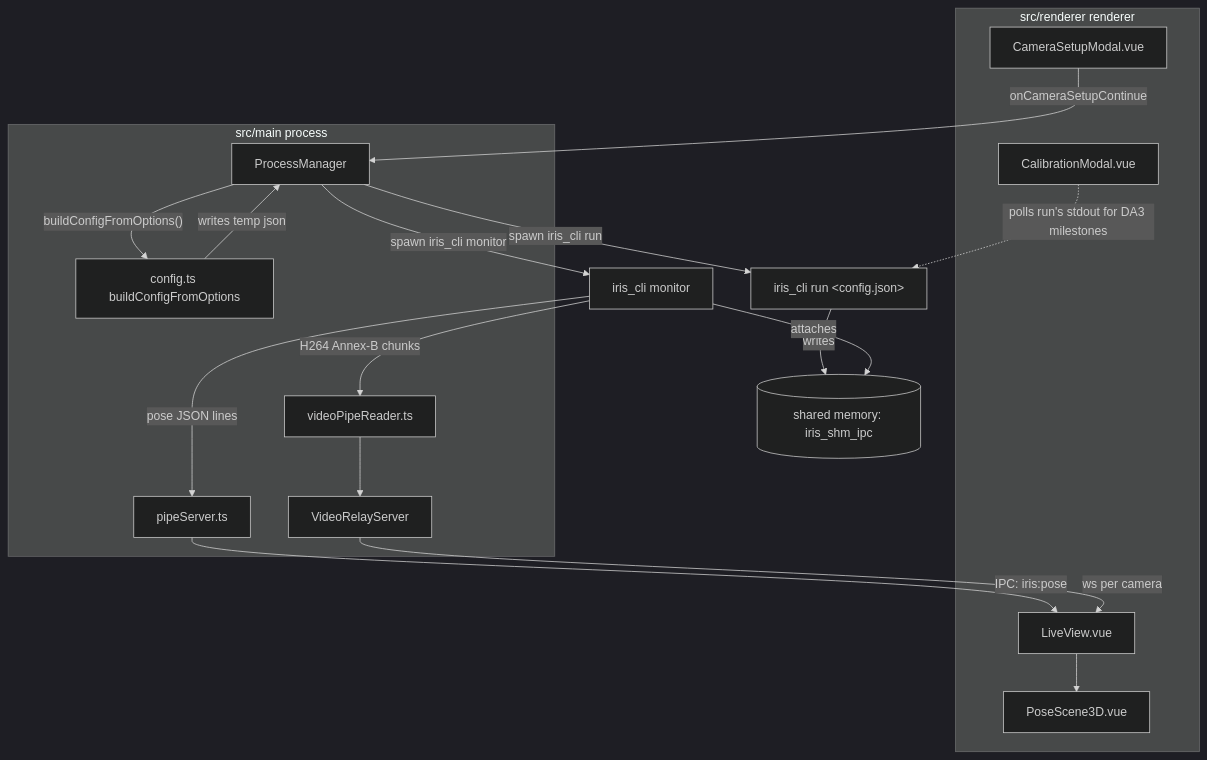
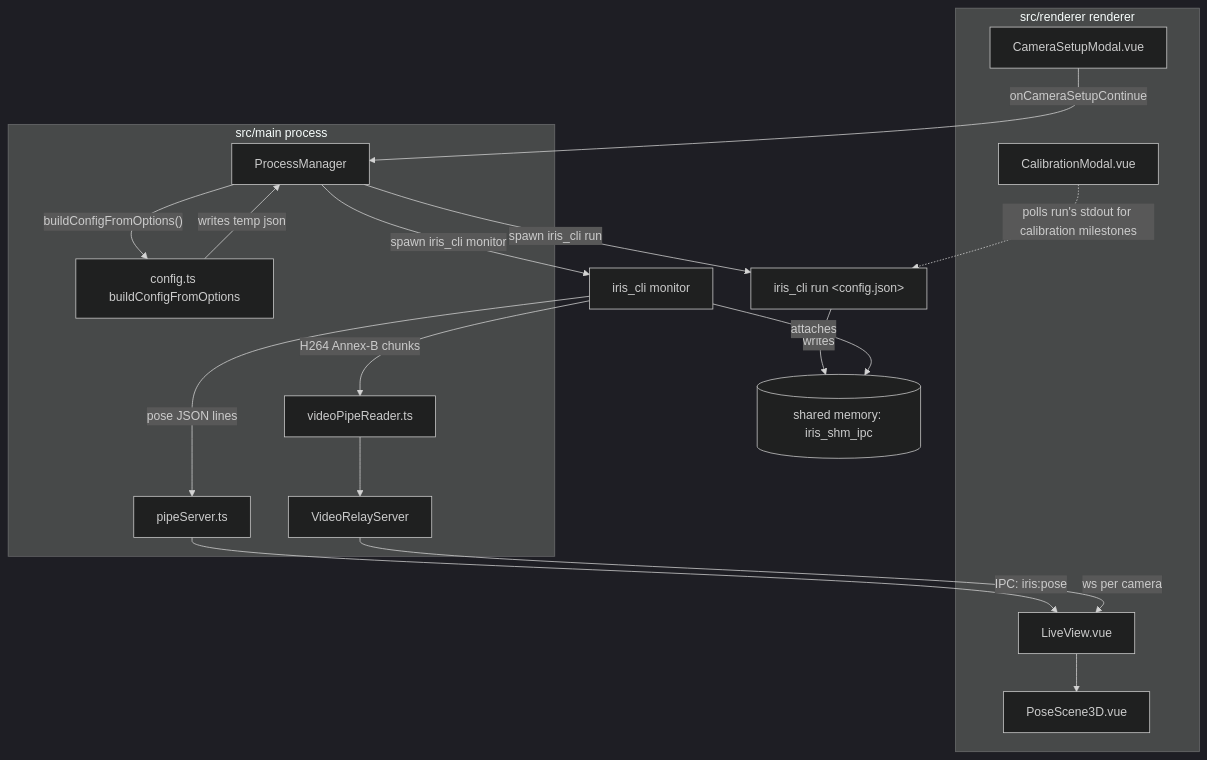
Before and after one commit to Bath-Impact-Lab/iris-starter-kit: the diagram in docs/ARCHITECTURE.md, drawn with Mermaid (dark theme). The commit also changed other lines of this file and 8 other files, not shown here.

````diff
--- a/docs/ARCHITECTURE.md
+++ b/docs/ARCHITECTURE.md
@@ -30,38 +30,38 @@
 ```mermaid
 flowchart TD
     subgraph UI["src/renderer renderer"]
         Setup[CameraSetupModal.vue]
         Calib[CalibrationModal.vue]
         Live[LiveView.vue]
         Scene[PoseScene3D.vue]
     end
 
     subgraph Main["src/main process"]
         PM[ProcessManager]
         Cfg[config.ts buildConfigFromOptions]
         PipeS[pipeServer.ts]
         VPipeR[videoPipeReader.ts]
         VRelay[VideoRelayServer]
     end
 
     Run["iris_cli run &lt;config.json&gt;"]
     Mon["iris_cli monitor"]
     SHM[(shared memory: iris_shm_ipc)]
 
     Setup -- "onCameraSetupContinue" --> PM
     PM -- "buildConfigFromOptions()" --> Cfg
     Cfg -- "writes temp json" --> PM
     PM -- "spawn iris_cli run" --> Run
     Run -- writes --> SHM
-    Calib -. "polls run's stdout for DA3 milestones" .-> Run
+    Calib -. "polls run's stdout for calibration milestones" .-> Run
 
     PM -- "spawn iris_cli monitor" --> Mon
     Mon -- attaches --> SHM
     Mon -- "pose JSON lines" --> PipeS
     Mon -- "H264 Annex-B chunks" --> VPipeR
 
     PipeS -- "IPC: iris:pose" --> Live
     VPipeR --> VRelay
     VRelay -- "ws per camera" --> Live
     Live --> Scene
 ```
````
